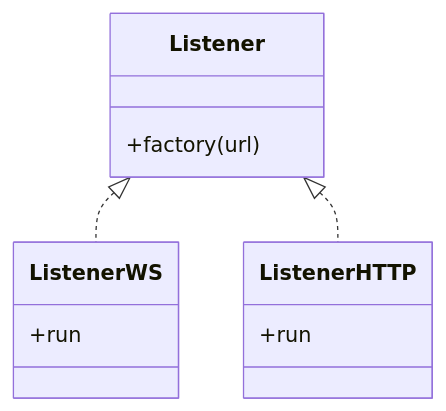
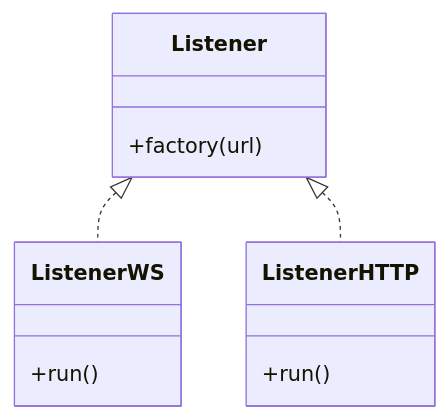
One commit to lostipani/pastiposte changed the second of 3 diagrams in README.md. Above: the diagram before and after it, drawn with Mermaid.

````diff
--- a/README.md
+++ b/README.md
@@ -23,12 +23,12 @@
 ```mermaid
 classDiagram
     Listener <|.. ListenerWS
     Listener <|.. ListenerHTTP
     Listener: +factory(url)
     class ListenerWS{
-        +run
+        +run()
     }
     class ListenerHTTP{
-        +run
+        +run()
     }
 ```
````
